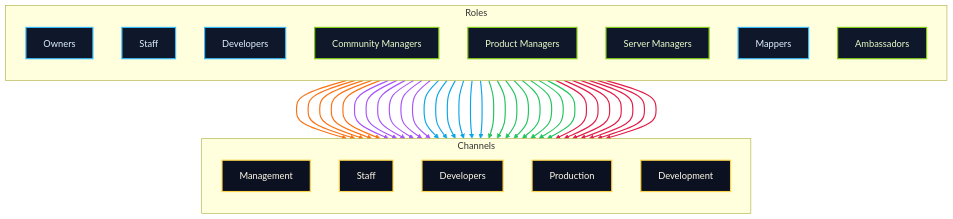
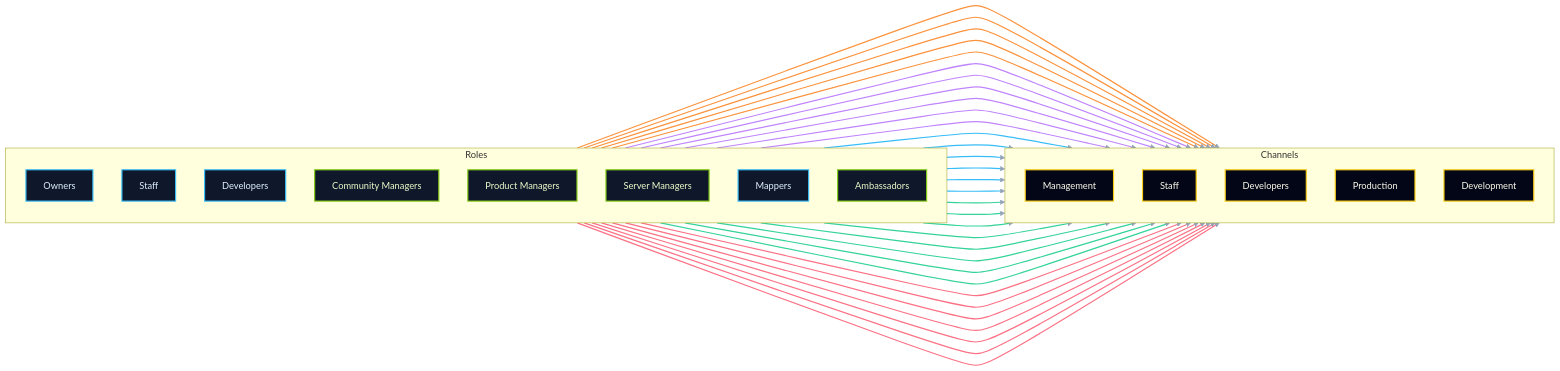
The diagram in infrastructure/permissions.md (UDL-TF/Organization), drawn with Mermaid before and after one commit.

Commit message:
Refactor access diagram for improved clarity and update link styles for better readability

````diff
--- a/infrastructure/permissions.md
+++ b/infrastructure/permissions.md
@@ -41,5 +41,5 @@
 ```mermaid
-flowchart TB
+flowchart LR
 	subgraph Roles
 		direction TB
 		OWN[Owners]
@@ -100,47 +100,50 @@
 	OWN ---> CH_DEVT
 
 	classDef role fill:#0f172a,stroke:#38bdf8,stroke-width:2px,color:#e0f2fe;
-	classDef channel fill:#0b1120,stroke:#fcd34d,stroke-width:2px,color:#fffbeb;
+	classDef channel fill:#020617,stroke:#facc15,stroke-width:2px,color:#fffbeb;
 	classDef cohort fill:#0f172a,stroke:#84cc16,stroke-width:2px,color:#ecfccb;
 	class OWN,STF,DEV,MAP role;
 	class CM,PM,SM,AMB cohort;
 	class CH_MAN,CH_STF,CH_DEV,CH_PROD,CH_DEVT channel;
 
 	%% Channel-colored connections for readability
-	linkStyle 0 stroke:#f97316,stroke-width:2px;
-	linkStyle 1 stroke:#f97316,stroke-width:2px;
-	linkStyle 2 stroke:#f97316,stroke-width:2px;
-	linkStyle 3 stroke:#f97316,stroke-width:2px;
-	linkStyle 4 stroke:#f97316,stroke-width:2px;
+	linkStyle 0 stroke:#fb923c,stroke-width:2px,curve:basis;
+	linkStyle 1 stroke:#fb923c,stroke-width:2px,curve:basis;
+	linkStyle 2 stroke:#fb923c,stroke-width:2px,curve:basis;
+	linkStyle 3 stroke:#fb923c,stroke-width:2px,curve:basis;
+	linkStyle 4 stroke:#fb923c,stroke-width:2px,curve:basis;
 
-	linkStyle 5 stroke:#a855f7,stroke-width:2px;
-	linkStyle 6 stroke:#a855f7,stroke-width:2px;
-	linkStyle 7 stroke:#a855f7,stroke-width:2px;
-	linkStyle 8 stroke:#a855f7,stroke-width:2px;
-	linkStyle 9 stroke:#a855f7,stroke-width:2px;
-	linkStyle 10 stroke:#a855f7,stroke-width:2px;
+	linkStyle 5 stroke:#c084fc,stroke-width:2px,curve:basis;
+	linkStyle 6 stroke:#c084fc,stroke-width:2px,curve:basis;
+	linkStyle 7 stroke:#c084fc,stroke-width:2px,curve:basis;
+	linkStyle 8 stroke:#c084fc,stroke-width:2px,curve:basis;
+	linkStyle 9 stroke:#c084fc,stroke-width:2px,curve:basis;
+	linkStyle 10 stroke:#c084fc,stroke-width:2px,curve:basis;
 
-	linkStyle 11 stroke:#0ea5e9,stroke-width:2px;
-	linkStyle 12 stroke:#0ea5e9,stroke-width:2px;
-	linkStyle 13 stroke:#0ea5e9,stroke-width:2px;
-	linkStyle 14 stroke:#0ea5e9,stroke-width:2px;
-	linkStyle 15 stroke:#0ea5e9,stroke-width:2px;
-	linkStyle 16 stroke:#0ea5e9,stroke-width:2px;
+	linkStyle 11 stroke:#38bdf8,stroke-width:2px,curve:basis;
+	linkStyle 12 stroke:#38bdf8,stroke-width:2px,curve:basis;
+	linkStyle 13 stroke:#38bdf8,stroke-width:2px,curve:basis;
+	linkStyle 14 stroke:#38bdf8,stroke-width:2px,curve:basis;
+	linkStyle 15 stroke:#38bdf8,stroke-width:2px,curve:basis;
+	linkStyle 16 stroke:#38bdf8,stroke-width:2px,curve:basis;
 
-	linkStyle 17 stroke:#22c55e,stroke-width:2px;
-	linkStyle 18 stroke:#22c55e,stroke-width:2px;
-	linkStyle 19 stroke:#22c55e,stroke-width:2px;
-	linkStyle 20 stroke:#22c55e,stroke-width:2px;
-	linkStyle 21 stroke:#22c55e,stroke-width:2px;
-	linkStyle 22 stroke:#22c55e,stroke-width:2px;
-	linkStyle 23 stroke:#22c55e,stroke-width:2px;
-	linkStyle 24 stroke:#22c55e,stroke-width:2px;
+	linkStyle 17 stroke:#34d399,stroke-width:2px,curve:basis;
+	linkStyle 18 stroke:#34d399,stroke-width:2px,curve:basis;
+	linkStyle 19 stroke:#34d399,stroke-width:2px,curve:basis;
+	linkStyle 20 stroke:#34d399,stroke-width:2px,curve:basis;
+	linkStyle 21 stroke:#34d399,stroke-width:2px,curve:basis;
+	linkStyle 22 stroke:#34d399,stroke-width:2px,curve:basis;
+	linkStyle 23 stroke:#34d399,stroke-width:2px,curve:basis;
+	linkStyle 24 stroke:#34d399,stroke-width:2px,curve:basis;
 
-	linkStyle 25 stroke:#e11d48,stroke-width:2px;
-	linkStyle 26 stroke:#e11d48,stroke-width:2px;
-	linkStyle 27 stroke:#e11d48,stroke-width:2px;
-	linkStyle 28 stroke:#e11d48,stroke-width:2px;
-	linkStyle 29 stroke:#e11d48,stroke-width:2px;
-	linkStyle 30 stroke:#e11d48,stroke-width:2px;
-	linkStyle 31 stroke:#e11d48,stroke-width:2px;
+	linkStyle 25 stroke:#fb7185,stroke-width:2px,curve:basis;
+	linkStyle 26 stroke:#fb7185,stroke-width:2px,curve:basis;
+	linkStyle 27 stroke:#fb7185,stroke-width:2px,curve:basis;
+	linkStyle 28 stroke:#fb7185,stroke-width:2px,curve:basis;
+	linkStyle 29 stroke:#fb7185,stroke-width:2px,curve:basis;
+	linkStyle 30 stroke:#fb7185,stroke-width:2px,curve:basis;
+	linkStyle 31 stroke:#fb7185,stroke-width:2px,curve:basis;
+
+	%% Gentle curve for any remaining default edges
+	linkStyle default stroke:#94a3b8,curve:basis;
 ```
````
